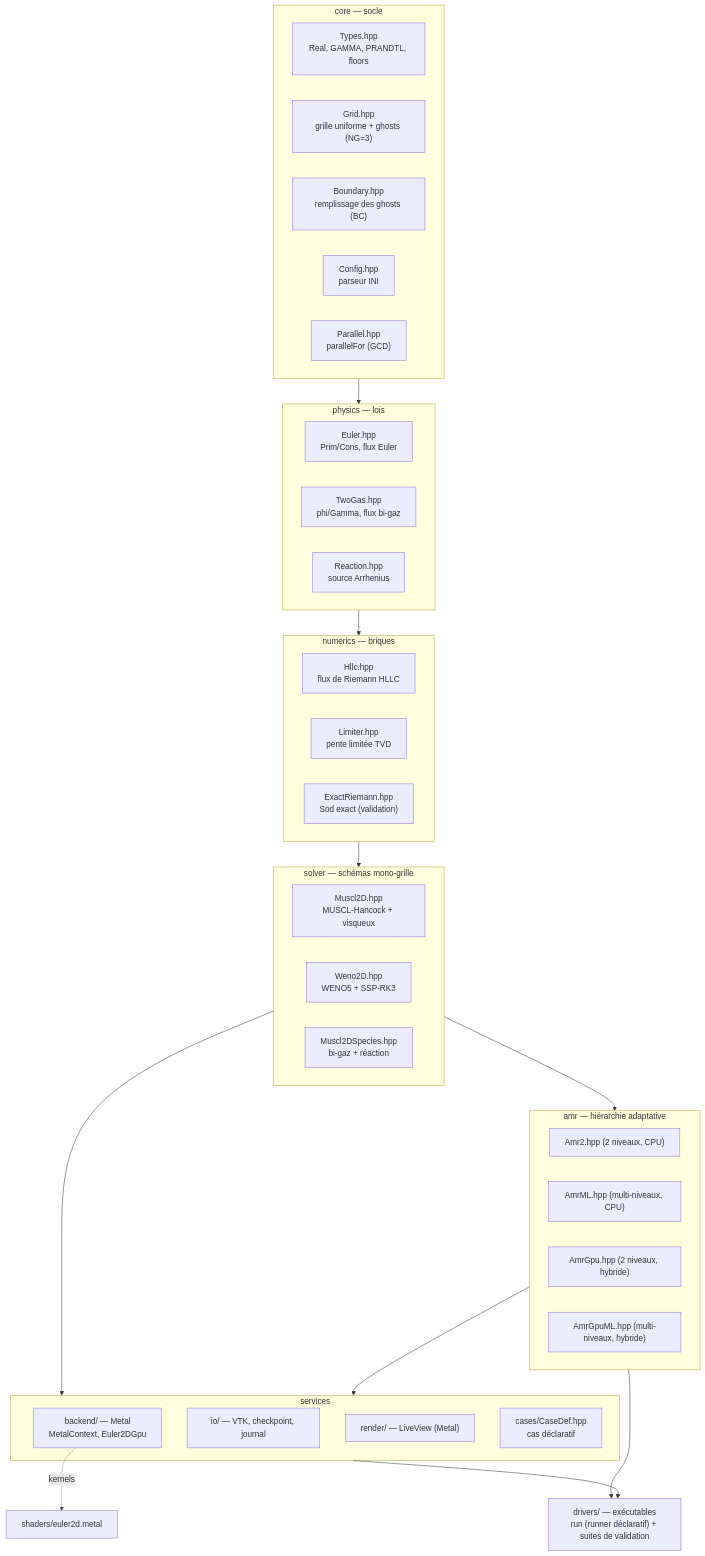
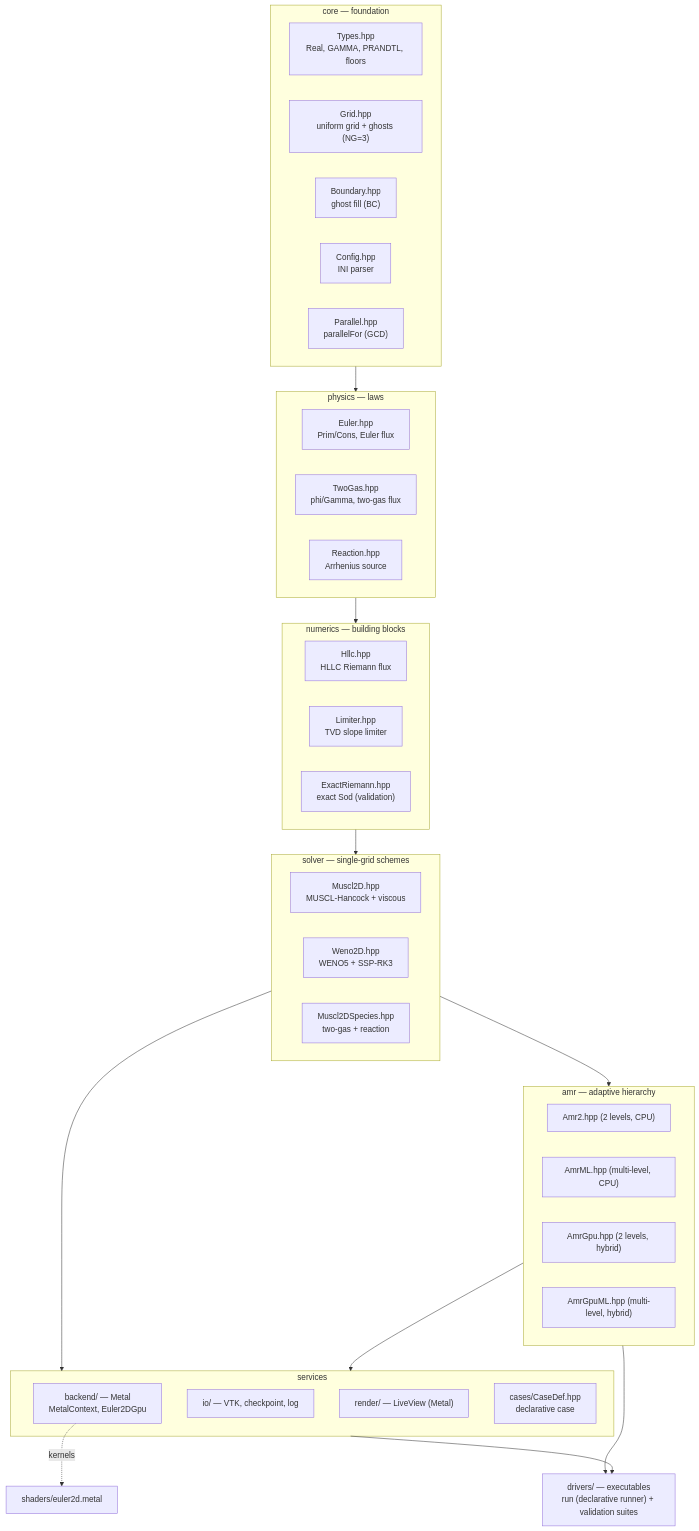
Before and after one commit to fhermet/machmallow: the first of 8 diagrams in docs/ARCHITECTURE.md, drawn with Mermaid. The commit also changed other lines of this file and 1 other file, not shown here.

Commit message:
docs: traduire ARCHITECTURE et NUMERICS en anglais

````diff
--- a/docs/ARCHITECTURE.md
+++ b/docs/ARCHITECTURE.md
@@ -19,45 +19,45 @@
 ```mermaid
 flowchart TD
-    subgraph L0["core — socle"]
+    subgraph L0["core — foundation"]
         Types["Types.hpp<br/>Real, GAMMA, PRANDTL, floors"]
-        Grid["Grid.hpp<br/>grille uniforme + ghosts (NG=3)"]
-        Boundary["Boundary.hpp<br/>remplissage des ghosts (BC)"]
-        Config["Config.hpp<br/>parseur INI"]
+        Grid["Grid.hpp<br/>uniform grid + ghosts (NG=3)"]
+        Boundary["Boundary.hpp<br/>ghost fill (BC)"]
+        Config["Config.hpp<br/>INI parser"]
         Parallel["Parallel.hpp<br/>parallelFor (GCD)"]
     end
-    subgraph L1["physics — lois"]
-        Euler["Euler.hpp<br/>Prim/Cons, flux Euler"]
-        TwoGas["TwoGas.hpp<br/>phi/Gamma, flux bi-gaz"]
-        Reaction["Reaction.hpp<br/>source Arrhenius"]
+    subgraph L1["physics — laws"]
+        Euler["Euler.hpp<br/>Prim/Cons, Euler flux"]
+        TwoGas["TwoGas.hpp<br/>phi/Gamma, two-gas flux"]
+        Reaction["Reaction.hpp<br/>Arrhenius source"]
     end
-    subgraph L2["numerics — briques"]
-        Hllc["Hllc.hpp<br/>flux de Riemann HLLC"]
-        Limiter["Limiter.hpp<br/>pente limitée TVD"]
-        Exact["ExactRiemann.hpp<br/>Sod exact (validation)"]
+    subgraph L2["numerics — building blocks"]
+        Hllc["Hllc.hpp<br/>HLLC Riemann flux"]
+        Limiter["Limiter.hpp<br/>TVD slope limiter"]
+        Exact["ExactRiemann.hpp<br/>exact Sod (validation)"]
     end
-    subgraph L3["solver — schémas mono-grille"]
-        Muscl["Muscl2D.hpp<br/>MUSCL-Hancock + visqueux"]
+    subgraph L3["solver — single-grid schemes"]
+        Muscl["Muscl2D.hpp<br/>MUSCL-Hancock + viscous"]
         Weno["Weno2D.hpp<br/>WENO5 + SSP-RK3"]
-        MusclSp["Muscl2DSpecies.hpp<br/>bi-gaz + réaction"]
+        MusclSp["Muscl2DSpecies.hpp<br/>two-gas + reaction"]
     end
-    subgraph L4["amr — hiérarchie adaptative"]
-        Amr2["Amr2.hpp (2 niveaux, CPU)"]
-        AmrML["AmrML.hpp (multi-niveaux, CPU)"]
-        AmrGpu["AmrGpu.hpp (2 niveaux, hybride)"]
-        AmrGpuML["AmrGpuML.hpp (multi-niveaux, hybride)"]
+    subgraph L4["amr — adaptive hierarchy"]
+        Amr2["Amr2.hpp (2 levels, CPU)"]
+        AmrML["AmrML.hpp (multi-level, CPU)"]
+        AmrGpu["AmrGpu.hpp (2 levels, hybrid)"]
+        AmrGpuML["AmrGpuML.hpp (multi-level, hybrid)"]
     end
     subgraph L5["services"]
         Backend["backend/ — Metal<br/>MetalContext, Euler2DGpu"]
-        IO["io/ — VTK, checkpoint, journal"]
+        IO["io/ — VTK, checkpoint, log"]
         Render["render/ — LiveView (Metal)"]
-        Cases["cases/CaseDef.hpp<br/>cas déclaratif"]
+        Cases["cases/CaseDef.hpp<br/>declarative case"]
     end
-    Drivers["drivers/ — exécutables<br/>run (runner déclaratif) + suites de validation"]
+    Drivers["drivers/ — executables<br/>run (declarative runner) + validation suites"]
 
     L0 --> L1 --> L2 --> L3 --> L4
     L3 --> L5
     L4 --> L5
     Backend -.->|kernels| Shaders["shaders/euler2d.metal"]
     L4 --> Drivers
     L5 --> Drivers
 ```
````
